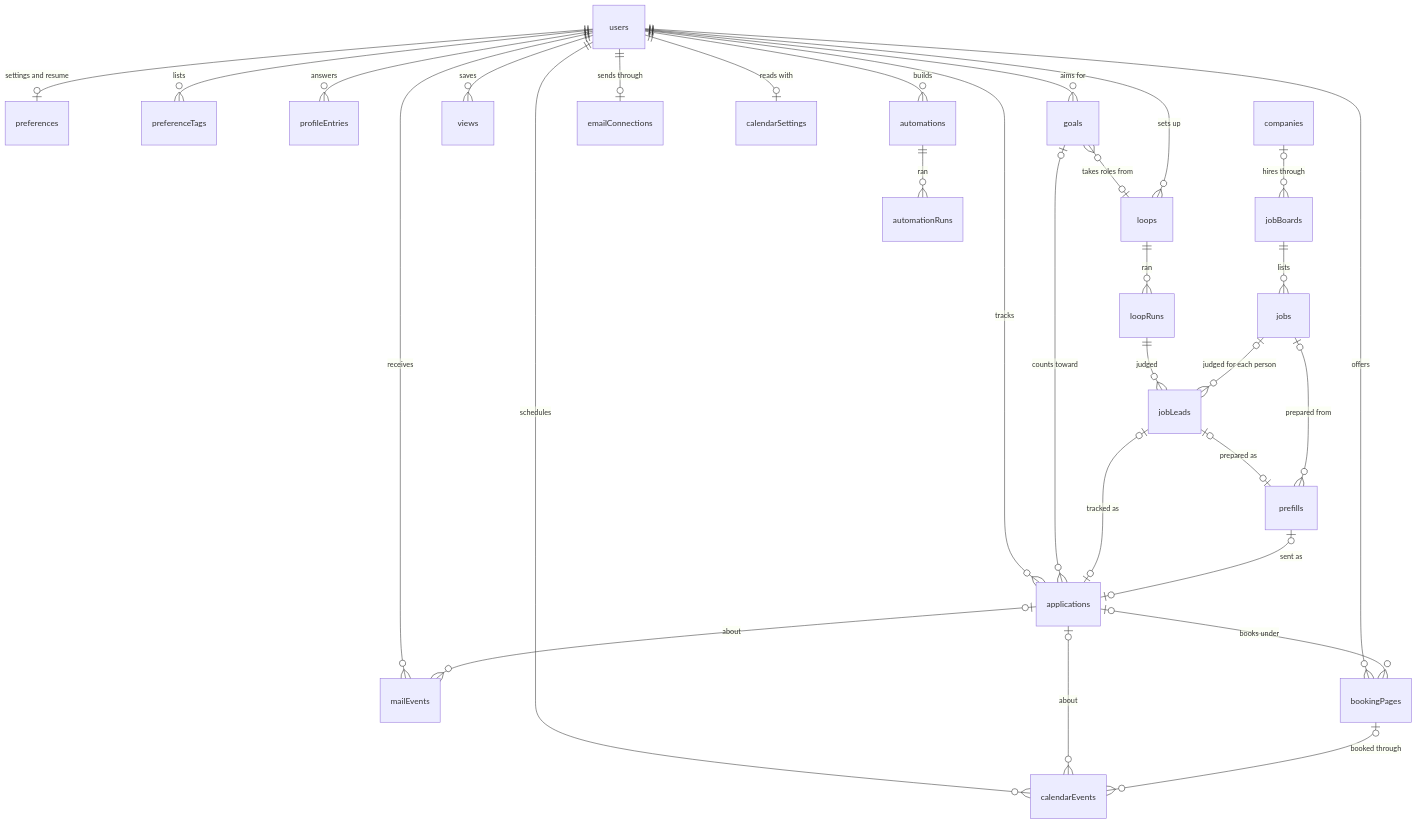
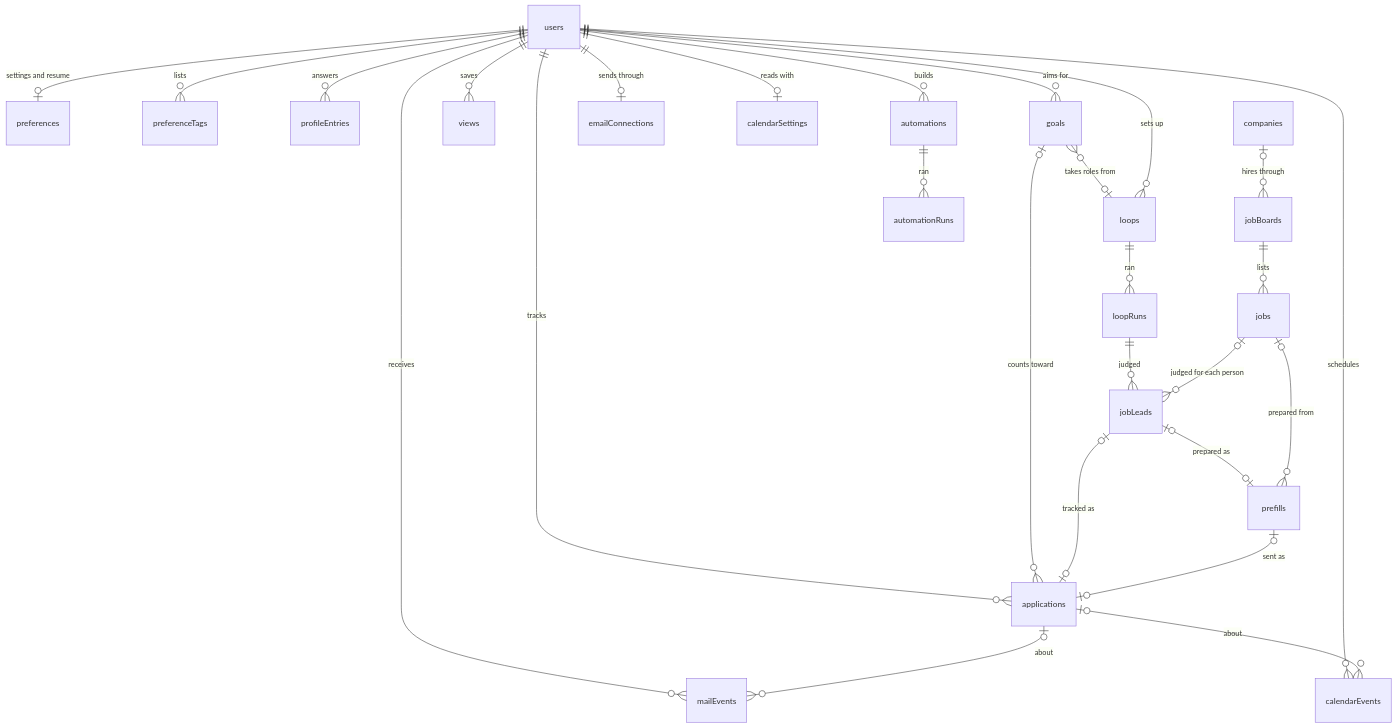
One commit to saranatour1/job-tracking-helper changed the first of 3 diagrams in docs/database-design.md. Above: the diagram before and after it, drawn with Mermaid. The commit also changed other lines of this file and 46 other files, not shown here.

First line of the commit message:
feat(booking)!: remove booking pages and their table (#143)

````diff
--- a/docs/database-design.md
+++ b/docs/database-design.md
@@ -27,32 +27,29 @@
 ```mermaid
 erDiagram
     users ||--o| preferences : "settings and resume"
     users ||--o{ preferenceTags : "lists"
     users ||--o{ profileEntries : "answers"
     users ||--o{ applications : tracks
     users ||--o{ goals : "aims for"
     users ||--o{ views : saves
     goals |o--o{ applications : "counts toward"
     goals }o--o| loops : "takes roles from"
     jobBoards ||--o{ jobs : lists
     companies |o--o{ jobBoards : "hires through"
     users ||--o{ loops : "sets up"
     loops ||--o{ loopRuns : ran
     loopRuns ||--o{ jobLeads : judged
     jobs |o--o{ jobLeads : "judged for each person"
     jobLeads |o--o| applications : "tracked as"
     jobLeads |o--o| prefills : "prepared as"
     jobs |o--o{ prefills : "prepared from"
     prefills |o--o| applications : "sent as"
     users ||--o| emailConnections : "sends through"
     users ||--o{ mailEvents : receives
     applications |o--o{ mailEvents : "about"
     users ||--o{ calendarEvents : schedules
     users ||--o| calendarSettings : "reads with"
     applications |o--o{ calendarEvents : "about"
-    users ||--o{ bookingPages : offers
-    bookingPages |o--o{ calendarEvents : "booked through"
-    applications |o--o{ bookingPages : "books under"
     users ||--o{ automations : builds
     automations ||--o{ automationRuns : ran
 ```
````
